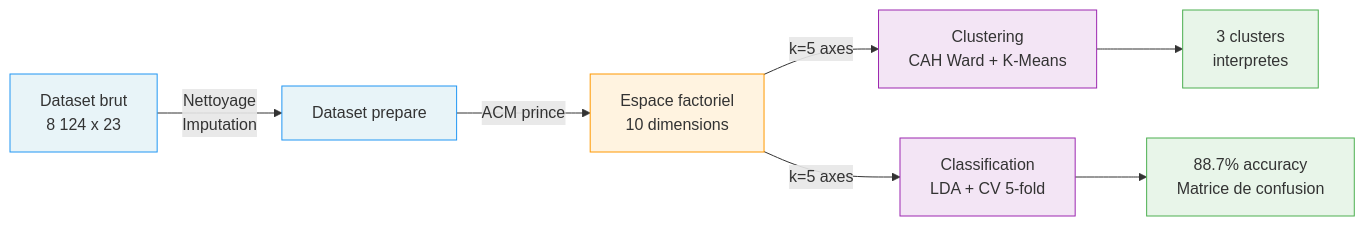
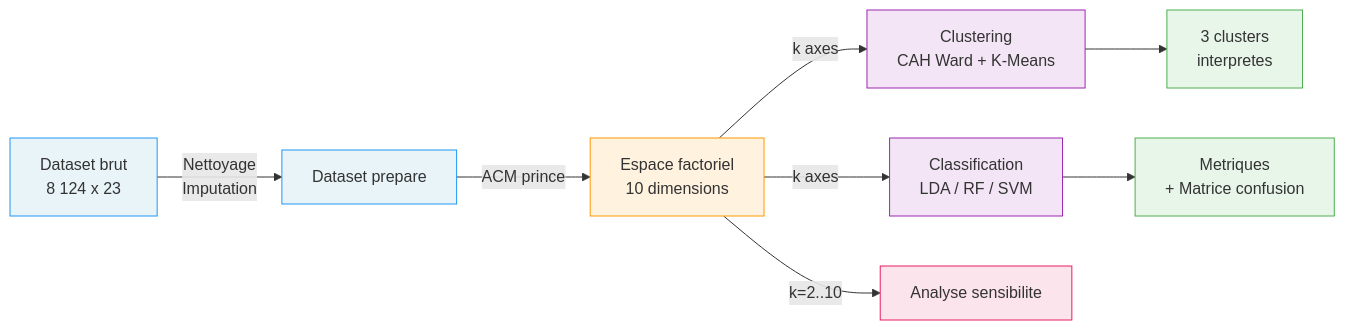
Before and after one commit to Pchambet/mushroom-project: the diagram in README.md, drawn with Mermaid. The commit also changed other lines of this file, not shown here.

````diff
--- a/README.md
+++ b/README.md
@@ -57,17 +109,19 @@
 ```mermaid
 graph LR
     A[Dataset brut<br/>8 124 x 23] -->|Nettoyage<br/>Imputation| B[Dataset prepare]
     B -->|ACM prince| C[Espace factoriel<br/>10 dimensions]
-    C -->|k=5 axes| D[Clustering<br/>CAH Ward + K-Means]
-    C -->|k=5 axes| E[Classification<br/>LDA + CV 5-fold]
+    C -->|k axes| D[Clustering<br/>CAH Ward + K-Means]
+    C -->|k axes| E[Classification<br/>LDA / RF / SVM]
     D --> F[3 clusters<br/>interpretes]
-    E --> G[88.7% accuracy<br/>Matrice de confusion]
+    E --> G[Metriques<br/>+ Matrice confusion]
+    C -->|k=2..10| H[Analyse sensibilite]
 
     style A fill:#e8f4f8,stroke:#2196F3
     style B fill:#e8f4f8,stroke:#2196F3
     style C fill:#fff3e0,stroke:#FF9800
     style D fill:#f3e5f5,stroke:#9C27B0
     style E fill:#f3e5f5,stroke:#9C27B0
     style F fill:#e8f5e9,stroke:#4CAF50
     style G fill:#e8f5e9,stroke:#4CAF50
+    style H fill:#fce4ec,stroke:#E91E63
 ```
````
